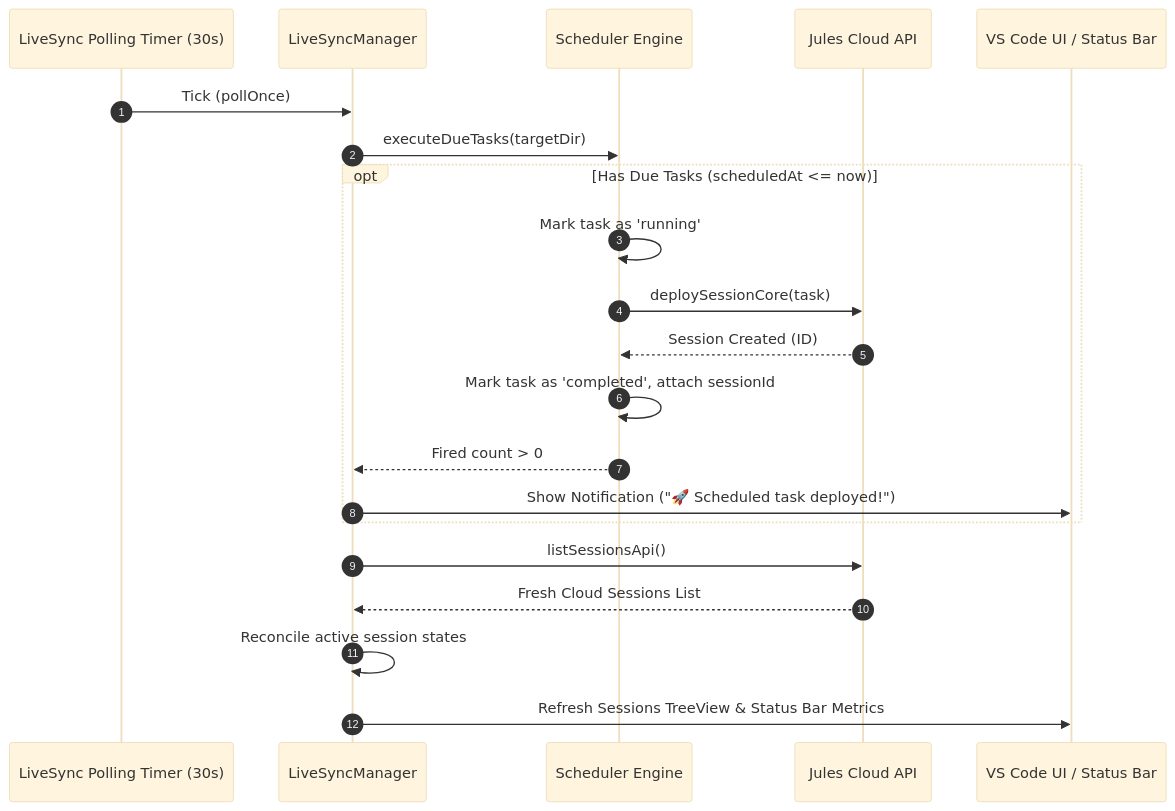
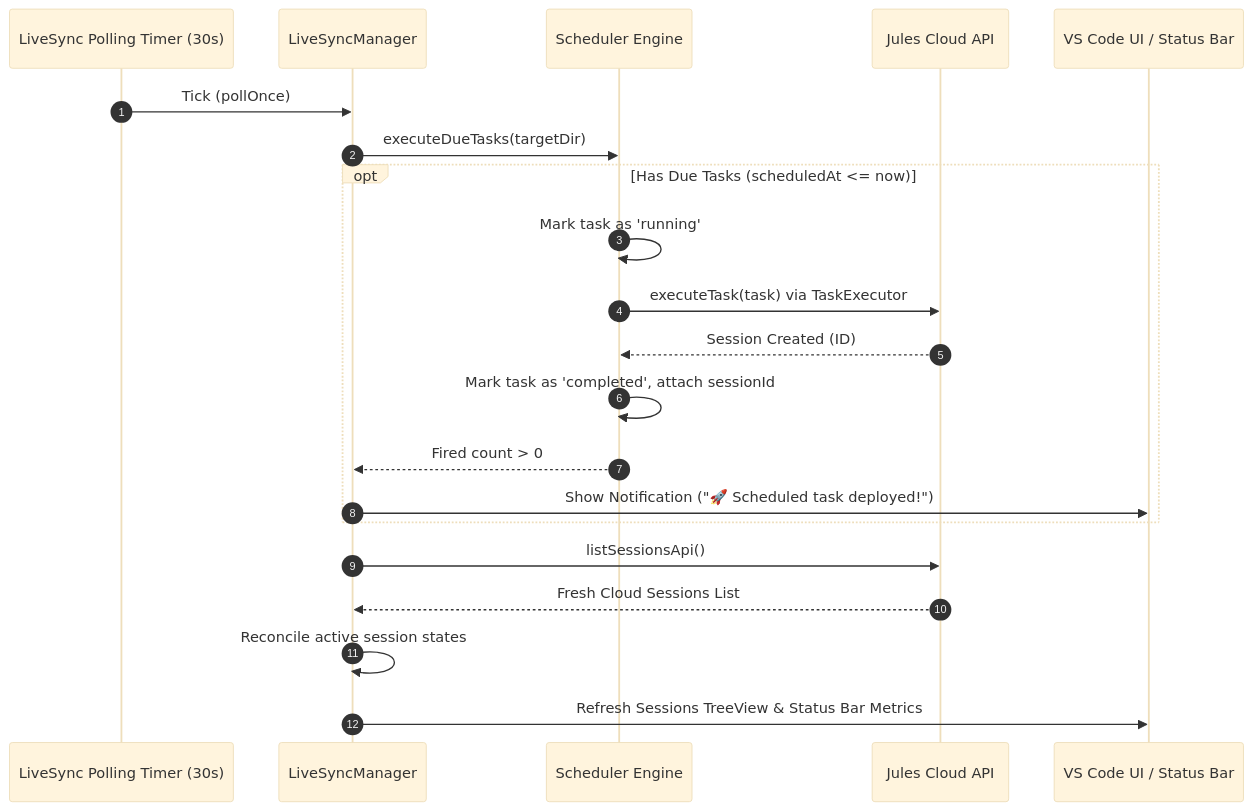
One commit to rivadmorin/Jules-Companion changed the third of 4 diagrams in docs/codebase/00-master-architecture.md. Above: the diagram before and after it, drawn with Mermaid (base theme). The commit also changed 6 other files, not shown here.

Commit message:
docs: synchronize architecture docs and VSIX version to v1.0.1 (108 tests passing)

````diff
--- a/docs/codebase/00-master-architecture.md
+++ b/docs/codebase/00-master-architecture.md
@@ -118,26 +118,26 @@
 ```mermaid
 sequenceDiagram
     autonumber
     participant Timer as LiveSync Polling Timer (30s)
     participant LS as LiveSyncManager
     participant Sched as Scheduler Engine
     participant API as Jules Cloud API
     participant UI as VS Code UI / Status Bar
 
     Timer->>LS: Tick (pollOnce)
     LS->>Sched: executeDueTasks(targetDir)
     
     opt Has Due Tasks (scheduledAt <= now)
         Sched->>Sched: Mark task as 'running'
-        Sched->>API: deploySessionCore(task)
+        Sched->>API: executeTask(task) via TaskExecutor
         API-->>Sched: Session Created (ID)
         Sched->>Sched: Mark task as 'completed', attach sessionId
         Sched-->>LS: Fired count > 0
         LS->>UI: Show Notification ("🚀 Scheduled task deployed!")
     end
 
     LS->>API: listSessionsApi()
     API-->>LS: Fresh Cloud Sessions List
     LS->>LS: Reconcile active session states
     LS->>UI: Refresh Sessions TreeView & Status Bar Metrics
 ```
````
